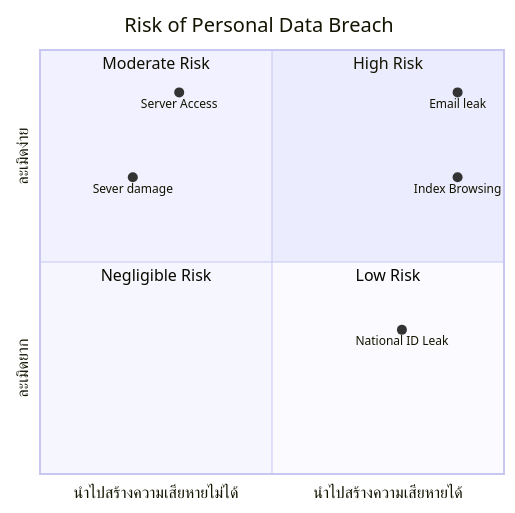
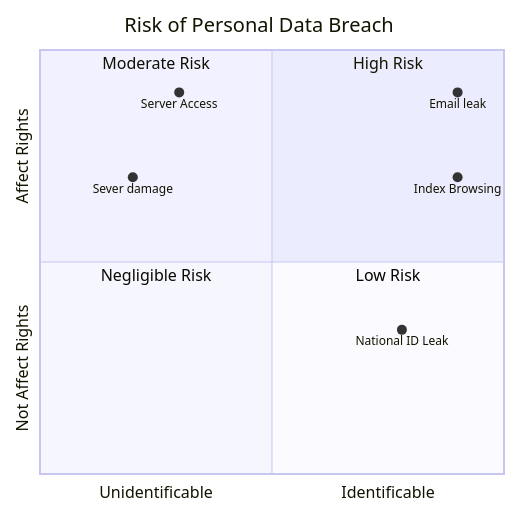
The fourth of 4 diagrams in README.md (Kietpawpan/pdpa), drawn with Mermaid before and after one commit.

````diff
--- a/README.md
+++ b/README.md
@@ -87,15 +87,15 @@
 ```mermaid
 quadrantChart
     title Risk of Personal Data Breach
-    x-axis นำไปสร้างความเสียหายไม่ได้ --> นำไปสร้างความเสียหายได้
-    y-axis ละเมิดยาก --> ละเมิดง่าย
+    x-axis Unidentificable --> Identificable
+    y-axis Not Affect Rights --> Affect Rights
     quadrant-1 High Risk
     quadrant-2 Moderate Risk
     quadrant-3 Negligible Risk
     quadrant-4 Low Risk
 	Server Access: [0.3, 0.9]
     	Email leak: [0.9, 0.9]
     Index Browsing: [0.9, 0.7]
     National ID Leak: [0.78, 0.34]
     Sever damage: [0.2, 0.7]
 ```
````
